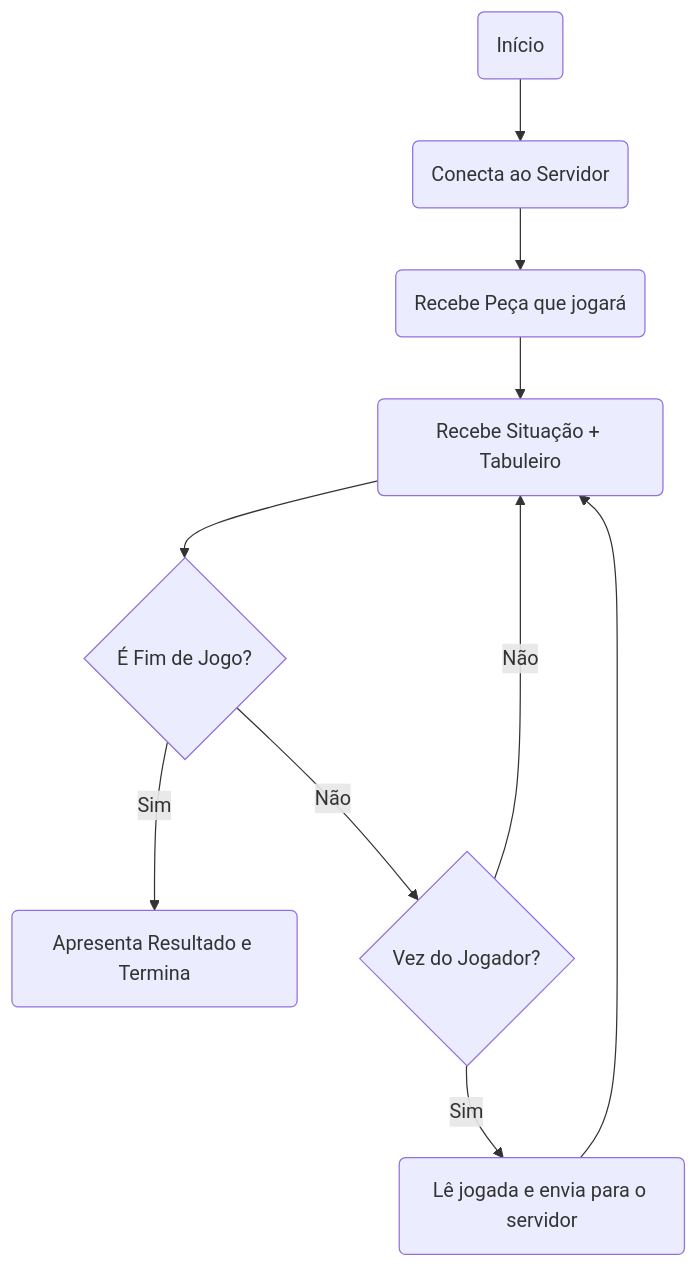
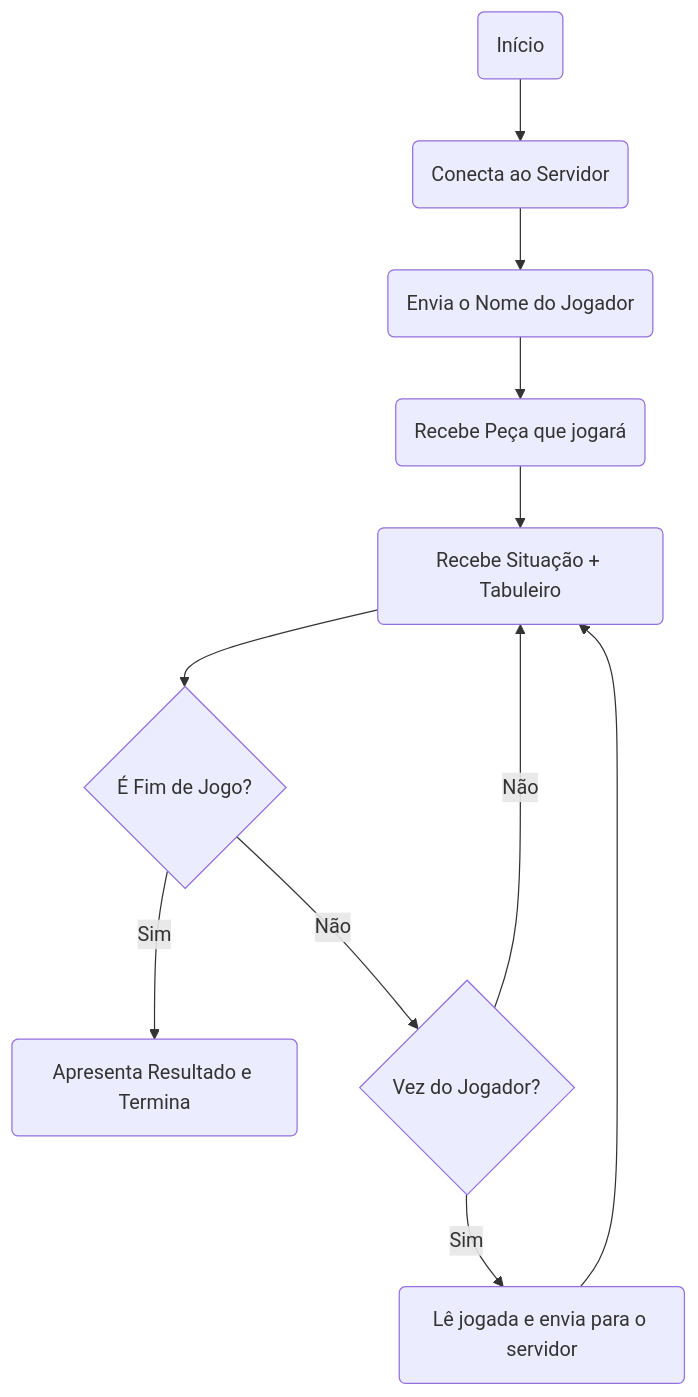
One commit to lupamedeiros/pjd_redes changed the diagram in source/project_03/README.md. Above: the diagram before and after it, drawn with Mermaid.

Commit message:
updated fluxogram

````diff
--- a/source/project_03/README.md
+++ b/source/project_03/README.md
@@ -6,13 +6,14 @@
 ```mermaid
 graph TD;
     I(Início) --> C(Conecta ao Servidor)
-    C --> R(Recebe Peça que jogará)
+    C --> N(Envia o Nome do Jogador)
+    N --> R(Recebe Peça que jogará)
     R --> V(Recebe Situação + Tabuleiro)
     V --> F{É Fim de Jogo?}
     F -- Sim --> T(Apresenta Resultado e Termina)
     F -- Não --> J{Vez do Jogador?}
     J -- Sim --> L(Lê jogada e envia para o servidor)
     L --> V
     J -- Não --> V
 
 ```
````
